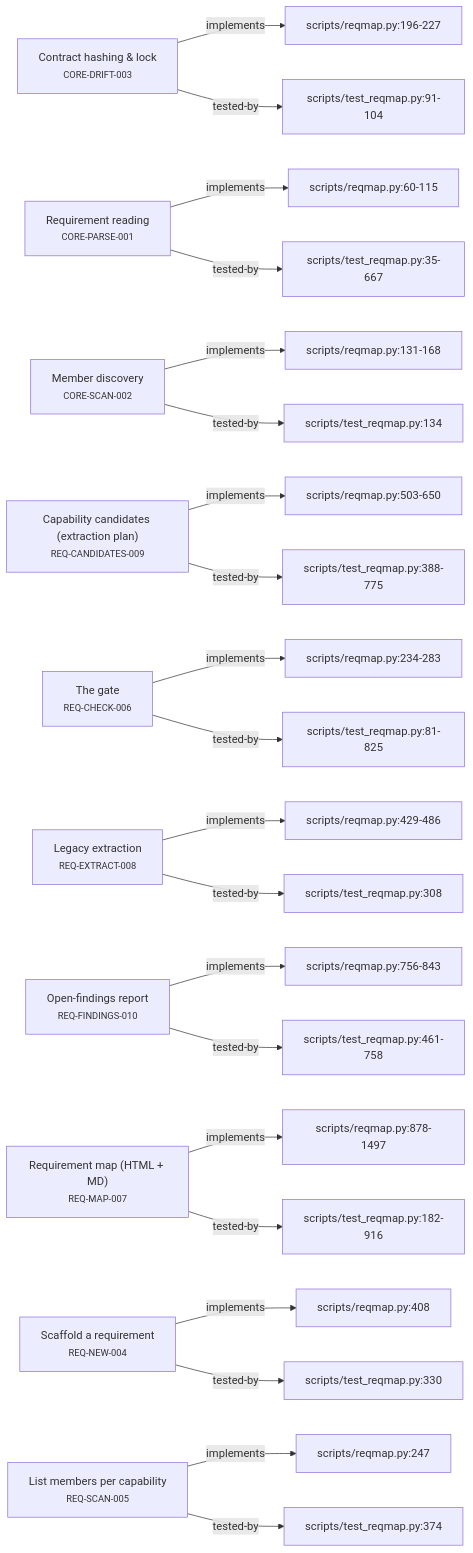
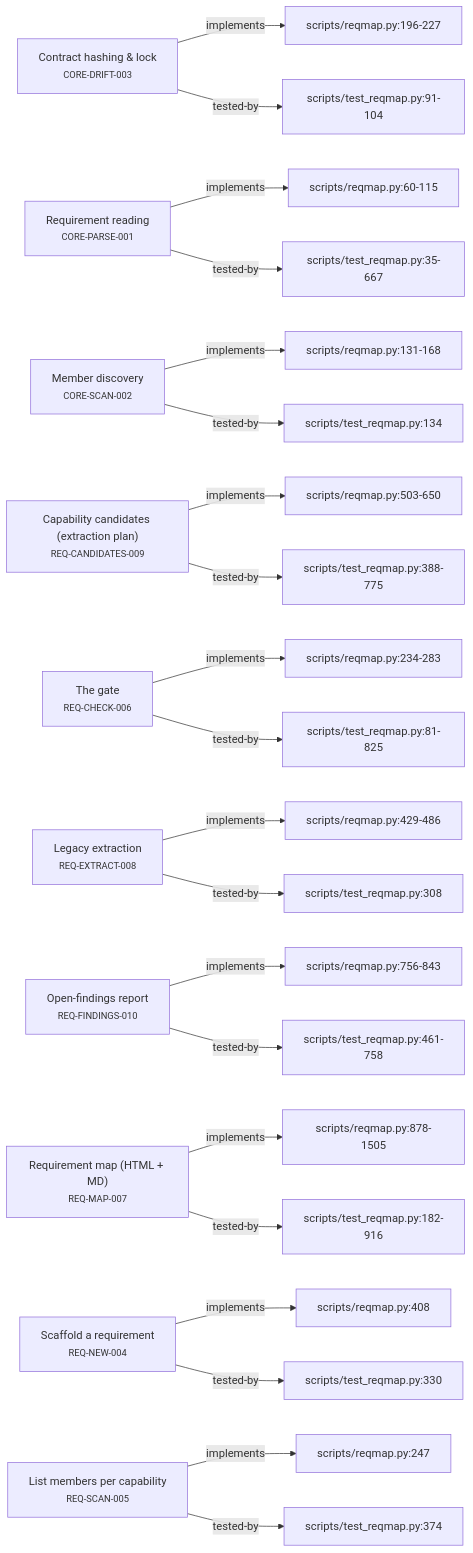
One commit to alxmax/Requirement-manager changed the second of 4 diagrams in plugin/requirements/_map.md. Above: the diagram before and after it, drawn with Mermaid. The commit also changed other lines of this file and 1 other file, not shown here.

Commit message:
chore(map): regenerate plugin map (member line-ranges drifted after engine edits)

````diff
--- a/plugin/requirements/_map.md
+++ b/plugin/requirements/_map.md
@@ -38,53 +38,53 @@
 ```mermaid
 graph LR
   CORE_DRIFT_003["Contract hashing & lock<br><small>CORE-DRIFT-003</small>"]
   f_scripts_reqmap_py_196_227["scripts/reqmap.py:196-227"]
   CORE_DRIFT_003 -->|implements| f_scripts_reqmap_py_196_227
   f_scripts_test_reqmap_py_91_104["scripts/test_reqmap.py:91-104"]
   CORE_DRIFT_003 -->|tested-by| f_scripts_test_reqmap_py_91_104
   CORE_PARSE_001["Requirement reading<br><small>CORE-PARSE-001</small>"]
   f_scripts_reqmap_py_60_115["scripts/reqmap.py:60-115"]
   CORE_PARSE_001 -->|implements| f_scripts_reqmap_py_60_115
   f_scripts_test_reqmap_py_35_667["scripts/test_reqmap.py:35-667"]
   CORE_PARSE_001 -->|tested-by| f_scripts_test_reqmap_py_35_667
   CORE_SCAN_002["Member discovery<br><small>CORE-SCAN-002</small>"]
   f_scripts_reqmap_py_131_168["scripts/reqmap.py:131-168"]
   CORE_SCAN_002 -->|implements| f_scripts_reqmap_py_131_168
   f_scripts_test_reqmap_py_134["scripts/test_reqmap.py:134"]
   CORE_SCAN_002 -->|tested-by| f_scripts_test_reqmap_py_134
   REQ_CANDIDATES_009["Capability candidates (extraction plan)<br><small>REQ-CANDIDATES-009</small>"]
   f_scripts_reqmap_py_503_650["scripts/reqmap.py:503-650"]
   REQ_CANDIDATES_009 -->|implements| f_scripts_reqmap_py_503_650
   f_scripts_test_reqmap_py_388_775["scripts/test_reqmap.py:388-775"]
   REQ_CANDIDATES_009 -->|tested-by| f_scripts_test_reqmap_py_388_775
   REQ_CHECK_006["The gate<br><small>REQ-CHECK-006</small>"]
   f_scripts_reqmap_py_234_283["scripts/reqmap.py:234-283"]
   REQ_CHECK_006 -->|implements| f_scripts_reqmap_py_234_283
   f_scripts_test_reqmap_py_81_825["scripts/test_reqmap.py:81-825"]
   REQ_CHECK_006 -->|tested-by| f_scripts_test_reqmap_py_81_825
   REQ_EXTRACT_008["Legacy extraction<br><small>REQ-EXTRACT-008</small>"]
   f_scripts_reqmap_py_429_486["scripts/reqmap.py:429-486"]
   REQ_EXTRACT_008 -->|implements| f_scripts_reqmap_py_429_486
   f_scripts_test_reqmap_py_308["scripts/test_reqmap.py:308"]
   REQ_EXTRACT_008 -->|tested-by| f_scripts_test_reqmap_py_308
   REQ_FINDINGS_010["Open-findings report<br><small>REQ-FINDINGS-010</small>"]
   f_scripts_reqmap_py_756_843["scripts/reqmap.py:756-843"]
   REQ_FINDINGS_010 -->|implements| f_scripts_reqmap_py_756_843
   f_scripts_test_reqmap_py_461_758["scripts/test_reqmap.py:461-758"]
   REQ_FINDINGS_010 -->|tested-by| f_scripts_test_reqmap_py_461_758
   REQ_MAP_007["Requirement map (HTML + MD)<br><small>REQ-MAP-007</small>"]
-  f_scripts_reqmap_py_878_1497["scripts/reqmap.py:878-1497"]
-  REQ_MAP_007 -->|implements| f_scripts_reqmap_py_878_1497
+  f_scripts_reqmap_py_878_1505["scripts/reqmap.py:878-1505"]
+  REQ_MAP_007 -->|implements| f_scripts_reqmap_py_878_1505
   f_scripts_test_reqmap_py_182_916["scripts/test_reqmap.py:182-916"]
   REQ_MAP_007 -->|tested-by| f_scripts_test_reqmap_py_182_916
   REQ_NEW_004["Scaffold a requirement<br><small>REQ-NEW-004</small>"]
   f_scripts_reqmap_py_408["scripts/reqmap.py:408"]
   REQ_NEW_004 -->|implements| f_scripts_reqmap_py_408
   f_scripts_test_reqmap_py_330["scripts/test_reqmap.py:330"]
   REQ_NEW_004 -->|tested-by| f_scripts_test_reqmap_py_330
   REQ_SCAN_005["List members per capability<br><small>REQ-SCAN-005</small>"]
   f_scripts_reqmap_py_247["scripts/reqmap.py:247"]
   REQ_SCAN_005 -->|implements| f_scripts_reqmap_py_247
   f_scripts_test_reqmap_py_374["scripts/test_reqmap.py:374"]
   REQ_SCAN_005 -->|tested-by| f_scripts_test_reqmap_py_374
 ```
````
